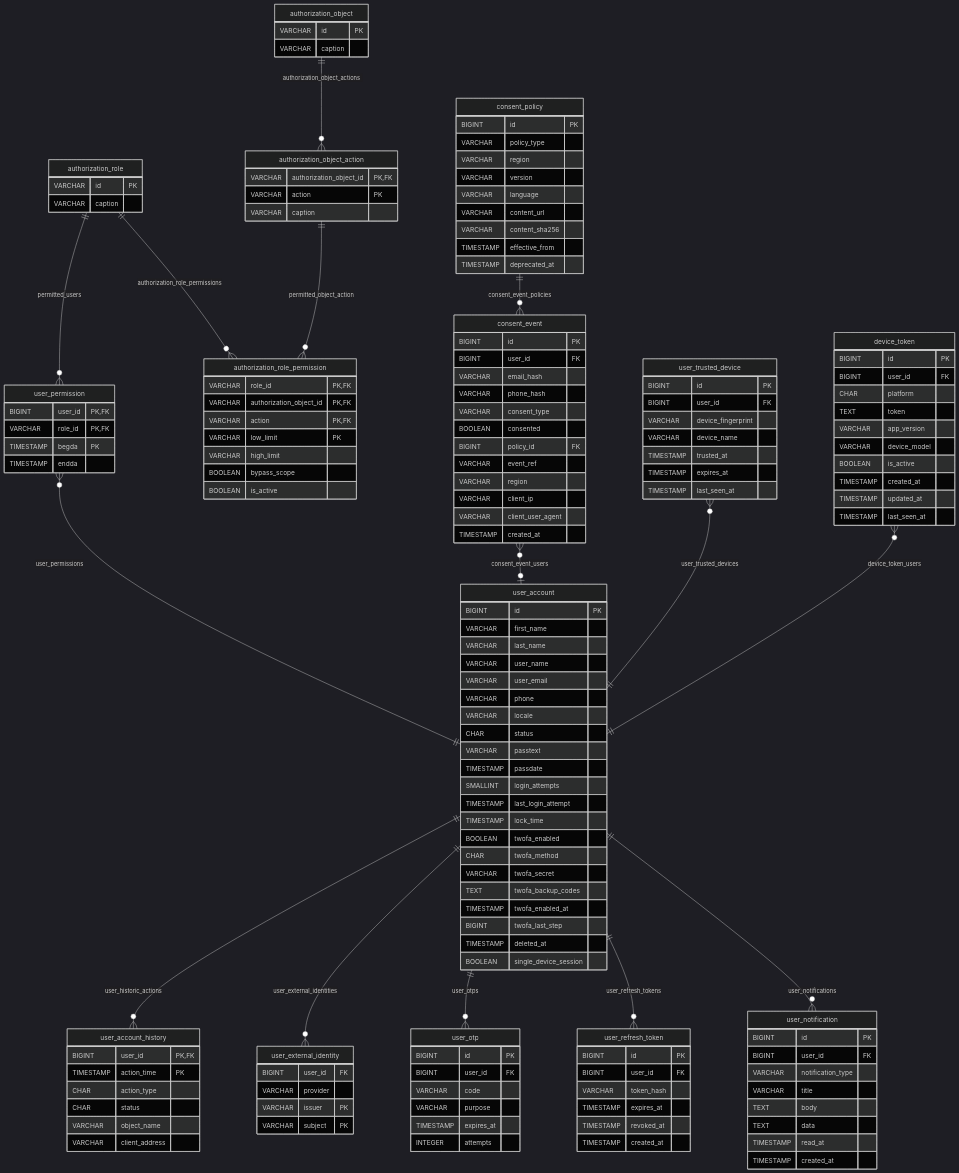
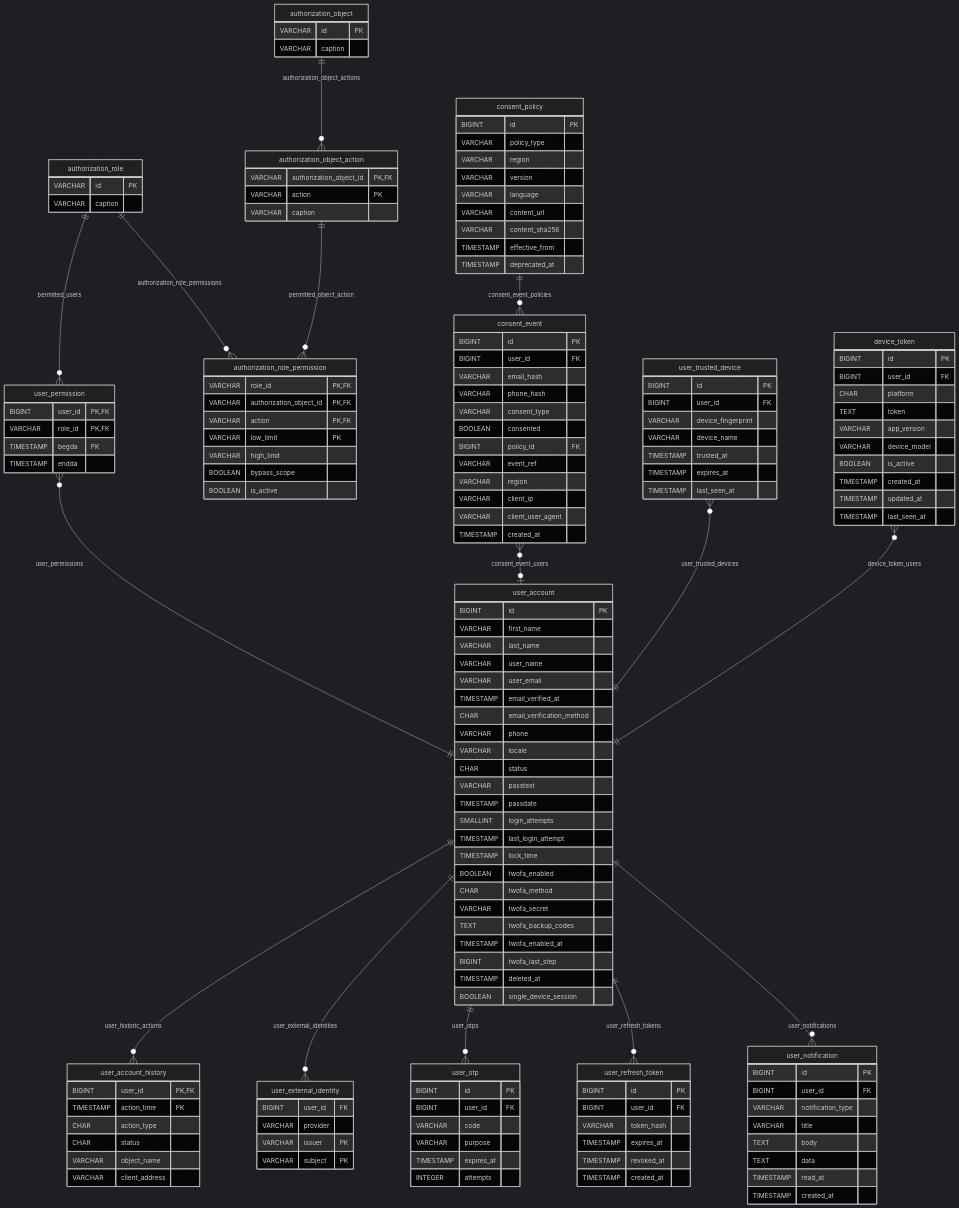
One commit to nauticana/keel changed the seventh of 20 diagrams in DB.md. Above: the diagram before and after it, drawn with Mermaid (dark theme). The commit also changed 41 other files, not shown here.

Commit message:
Verified account email, fresh identity evidence, one partner per user

```diff
--- a/DB.md
+++ b/DB.md
@@ -519,6 +519,8 @@
         VARCHAR last_name
         VARCHAR user_name
         VARCHAR user_email
+        TIMESTAMP email_verified_at
+        CHAR email_verification_method
         VARCHAR phone
         VARCHAR locale
         CHAR status
```
